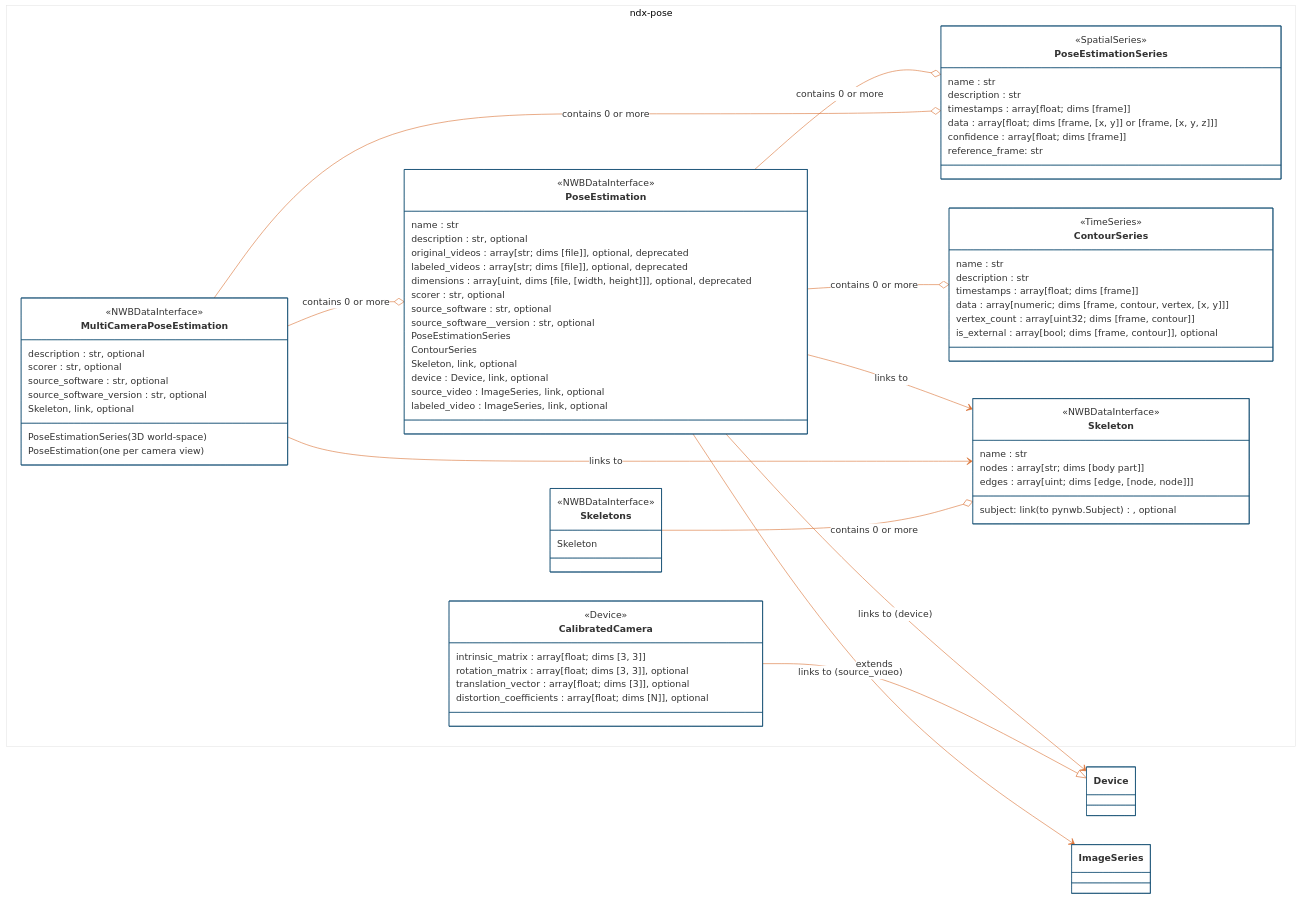
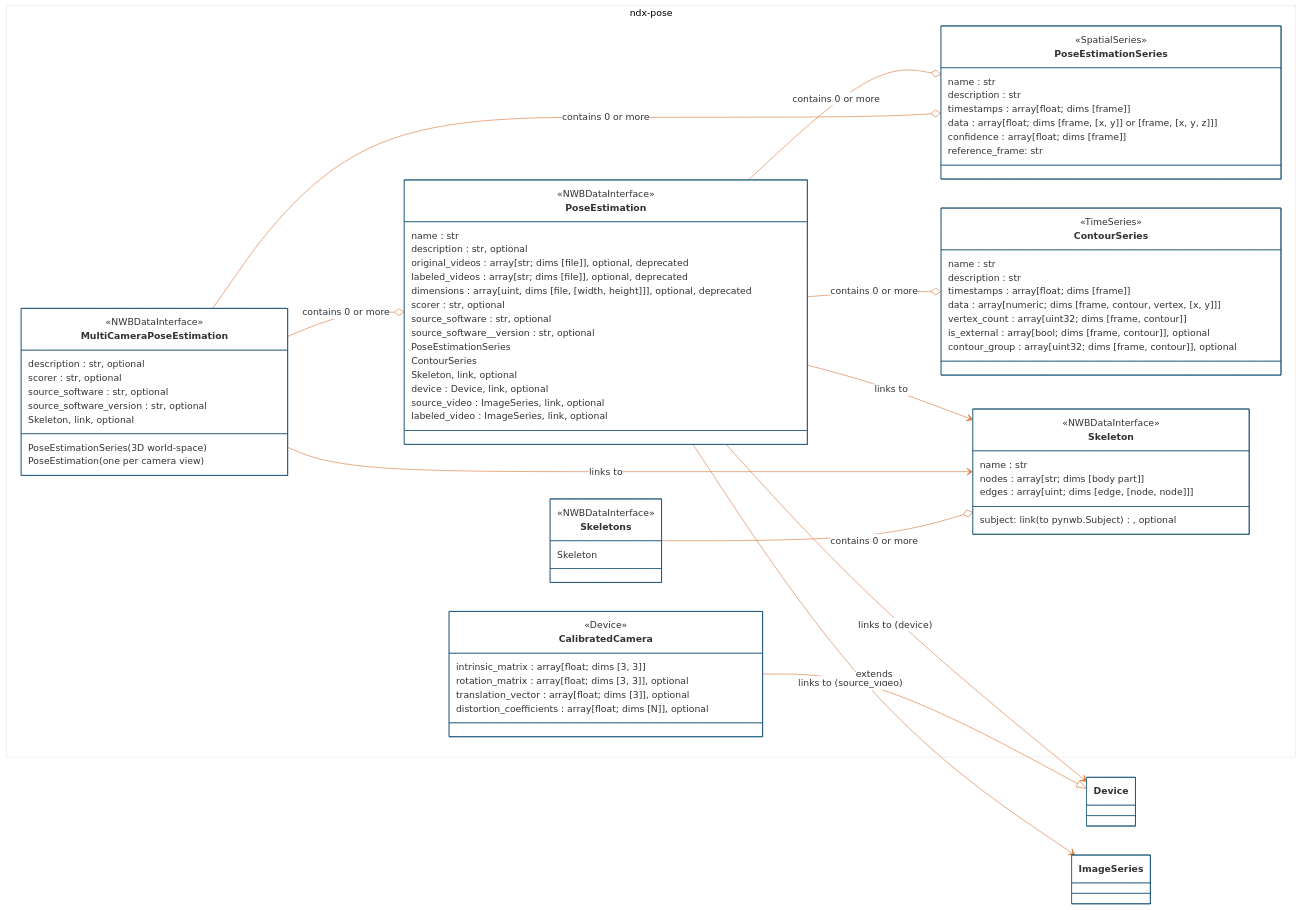
Before and after one commit to KumarLabJax/ndx-pose: the first of 2 diagrams in README.md, drawn with Mermaid. The commit also changed other lines of this file and 8 other files, not shown here.

Commit message:
Add optional contour_group to ContourSeries

```diff
--- a/README.md
+++ b/README.md
@@ -164,6 +165,7 @@
             data : array[numeric; dims [frame, contour, vertex, [x, y]]]
             vertex_count : array[uint32; dims [frame, contour]]
             is_external : array[bool; dims [frame, contour]], optional
+            contour_group : array[uint32; dims [frame, contour]], optional
         }
 
         class PoseEstimation {
```
